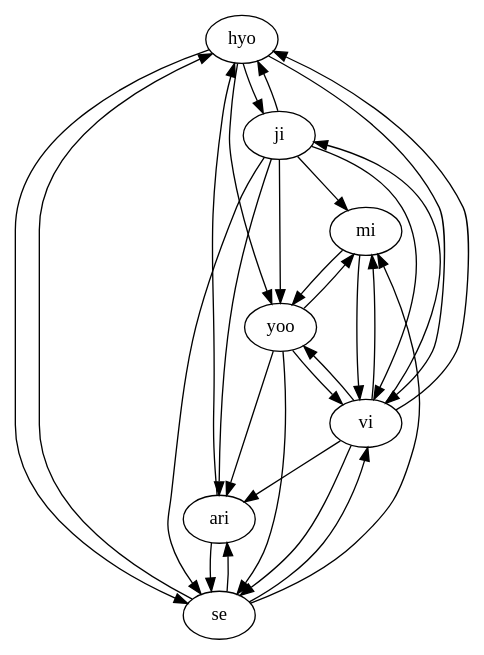
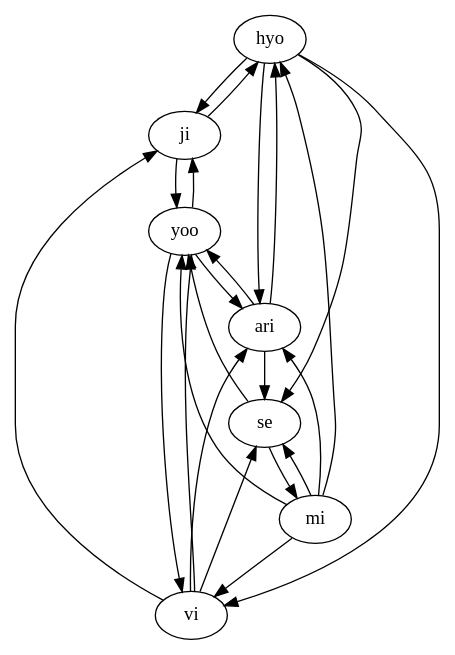
The diagram in src/main/java/resource/awesome.dot (hannimpeha/WS), drawn with Graphviz before and after one commit. The commit also changed 11 other files, not shown here.

```diff
--- a/src/main/java/resource/awesome.dot
+++ b/src/main/java/resource/awesome.dot
@@ -1,30 +1,25 @@
 digraph {
 hyo->ji;
 ji->hyo;
-hyo->yoo;
+mi->hyo;
 hyo->vi;
-vi->hyo;
 hyo->se;
-se->hyo;
+hyo->ari;
 ari->hyo;
 ji->yoo;
-ji->mi;
-ji->vi;
+yoo->ji;
 vi->ji;
-ji->se;
-ji->ari;
-yoo->mi;
 mi->yoo;
 yoo->vi;
 vi->yoo;
-yoo->se;
+se->yoo;
 yoo->ari;
+ari->yoo;
 mi->vi;
-vi->mi;
+mi->se;
 se->mi;
+mi->ari;
 vi->se;
-se->vi;
 vi->ari;
-se->ari;
 ari->se;
 }
```
